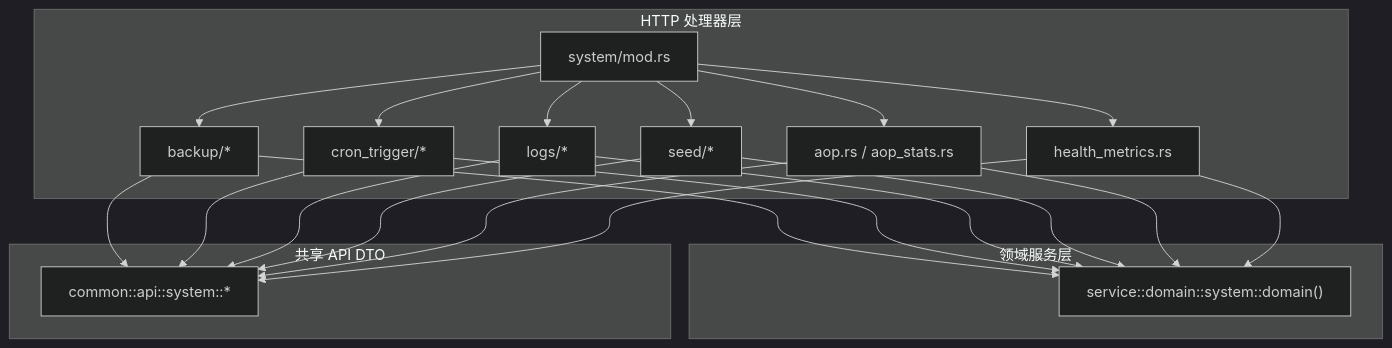
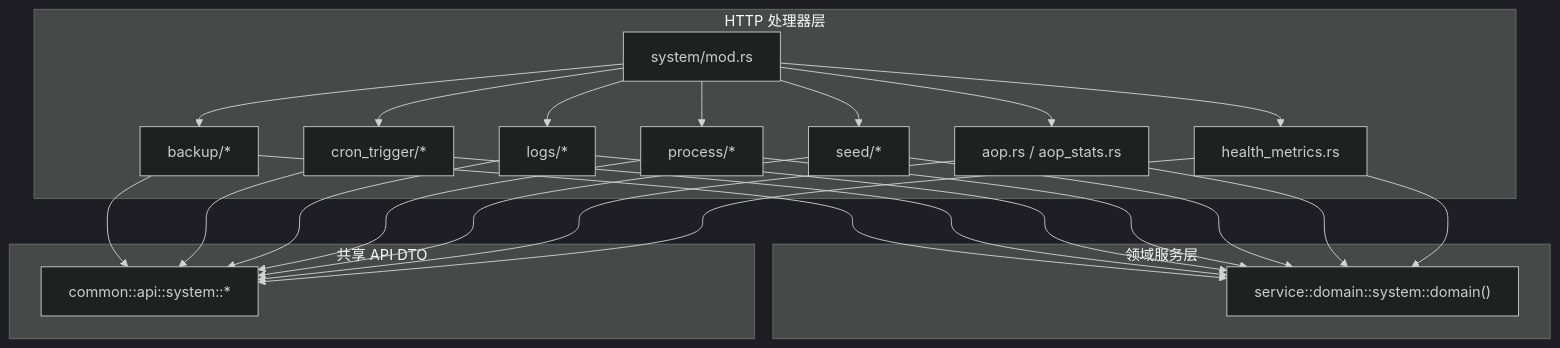
Before and after one commit to runningcoders/ai_orz: the first of 11 diagrams in .qoder/repowiki/zh/content/核心模块/处理器层/System模块处理器/System模块处理器.md, drawn with Mermaid (dark theme). The commit also changed other lines of this file and 299 other files, not shown here.

````diff
--- a/.qoder/repowiki/zh/content/核心模块/处理器层/System模块处理器/System模块处理器.md
+++ b/.qoder/repowiki/zh/content/核心模块/处理器层/System模块处理器/System模块处理器.md
@@ -38,36 +52,40 @@
 ```mermaid
 graph TB
 subgraph "HTTP 处理器层"
 A["system/mod.rs"]
 B["backup/*"]
 C["cron_trigger/*"]
 D["logs/*"]
-E["seed/*"]
-F["aop.rs / aop_stats.rs"]
-G["health_metrics.rs"]
+E["process/*"]
+F["seed/*"]
+G["aop.rs / aop_stats.rs"]
+H["health_metrics.rs"]
 end
 subgraph "领域服务层"
-H["service::domain::system::domain()"]
+I["service::domain::system::domain()"]
 end
 subgraph "共享 API DTO"
-I["common::api::system::*"]
+J["common::api::system::*"]
 end
 A --> B
 A --> C
 A --> D
 A --> E
 A --> F
 A --> G
-B --> H
-C --> H
-D --> H
-E --> H
-F --> H
-G --> H
+A --> H
 B --> I
 C --> I
 D --> I
 E --> I
 F --> I
 G --> I
+H --> I
+B --> J
+C --> J
+D --> J
+E --> J
+F --> J
+G --> J
+H --> J
 ```
````
